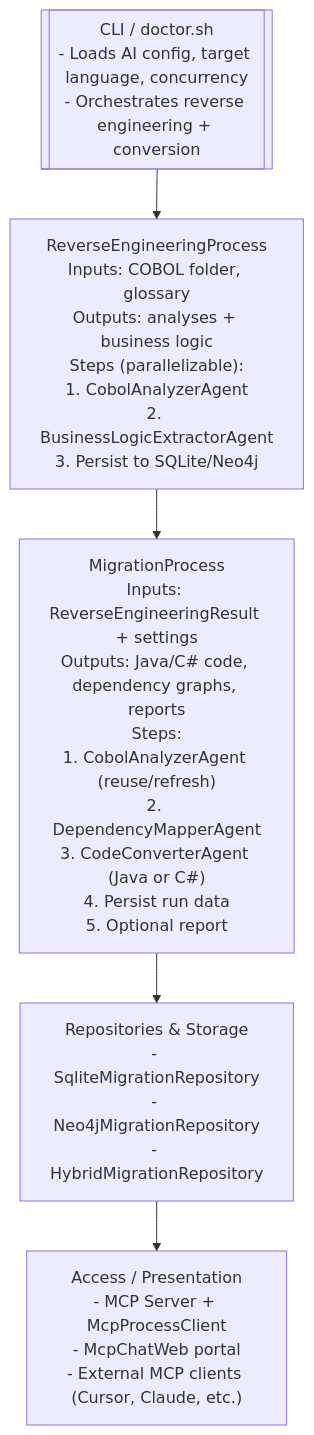
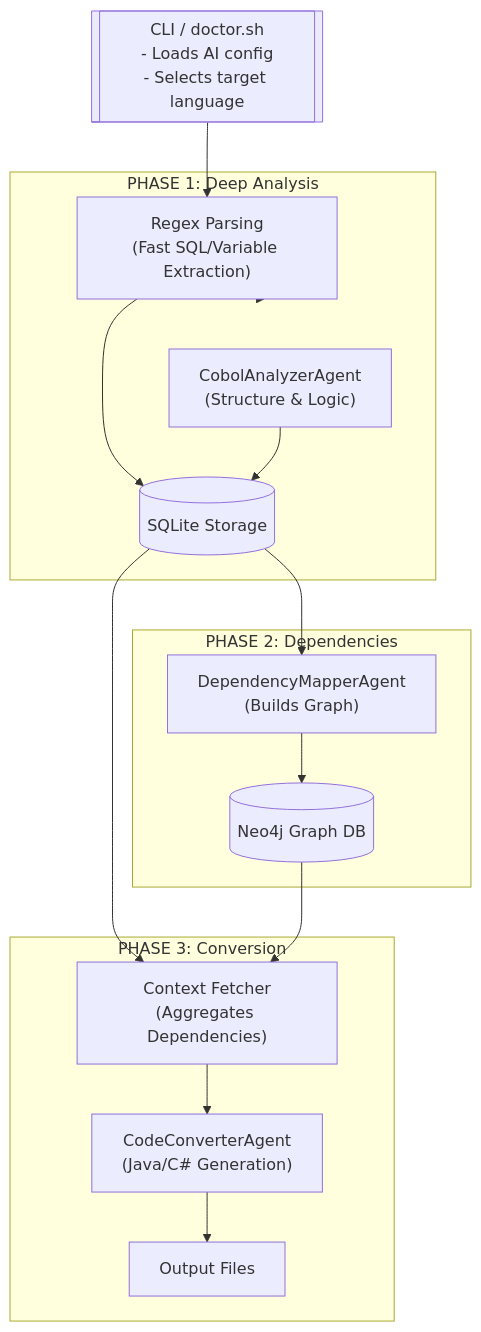
One commit to Azure-Samples/Legacy-Modernization-Agents changed the third of 5 diagrams in README.md. Above: the diagram before and after it, drawn with Mermaid. The commit also changed other lines of this file and 53 other files, not shown here.

````diff
--- a/README.md
+++ b/README.md
@@ -548,10 +567,35 @@
 ```mermaid
 flowchart TD
-  CLI[["CLI / doctor.sh\n- Loads AI config, target language, concurrency\n- Orchestrates reverse engineering + conversion"]]
-  REVERSE["ReverseEngineeringProcess\nInputs: COBOL folder, glossary\nOutputs: analyses + business logic\nSteps (parallelizable):\n1. CobolAnalyzerAgent\n2. BusinessLogicExtractorAgent\n3. Persist to SQLite/Neo4j"]
-  MIGRATION["MigrationProcess\nInputs: ReverseEngineeringResult + settings\nOutputs: Java/C# code, dependency graphs, reports\nSteps:\n1. CobolAnalyzerAgent (reuse/refresh)\n2. DependencyMapperAgent\n3. CodeConverterAgent (Java or C#)\n4. Persist run data\n5. Optional report"]
-  STORAGE["Repositories & Storage\n- SqliteMigrationRepository\n- Neo4jMigrationRepository\n- HybridMigrationRepository"]
-  ACCESS["Access / Presentation\n- MCP Server + McpProcessClient\n- McpChatWeb portal\n- External MCP clients (Cursor, Claude, etc.)"]
+  CLI[["CLI / doctor.sh\n- Loads AI config\n- Selects target language"]]
+  
+  subgraph ANALYZE_PHASE["PHASE 1: Deep Analysis"]
+      REGEX["Regex Parsing\n(Fast SQL/Variable Extraction)"]
+      ANALYZER["CobolAnalyzerAgent\n(Structure & Logic)"]
+      SQLITE[("SQLite Storage")]
+  end
+  
+  subgraph DEPENDENCY_PHASE["PHASE 2: Dependencies"]
+      MAPPER["DependencyMapperAgent\n(Builds Graph)"]
+      NEO4J[("Neo4j Graph DB")]
+  end
+  
+  subgraph CONVERT_PHASE["PHASE 3: Conversion"]
+      FETCHER["Context Fetcher\n(Aggregates Dependencies)"]
+      CONVERTER["CodeConverterAgent\n(Java/C# Generation)"]
+      OUTPUT["Output Files"]
+  end
 
-  CLI --> REVERSE --> MIGRATION --> STORAGE --> ACCESS
+  CLI --> REGEX
+  REGEX --> SQLITE
+  REGEX --> ANALYZE_PHASE
+  
+  ANALYZER --> SQLITE
+  
+  SQLITE --> MAPPER
+  MAPPER --> NEO4J
+  
+  SQLITE --> FETCHER
+  NEO4J --> FETCHER
+  FETCHER --> CONVERTER
+  CONVERTER --> OUTPUT
 ```
````
